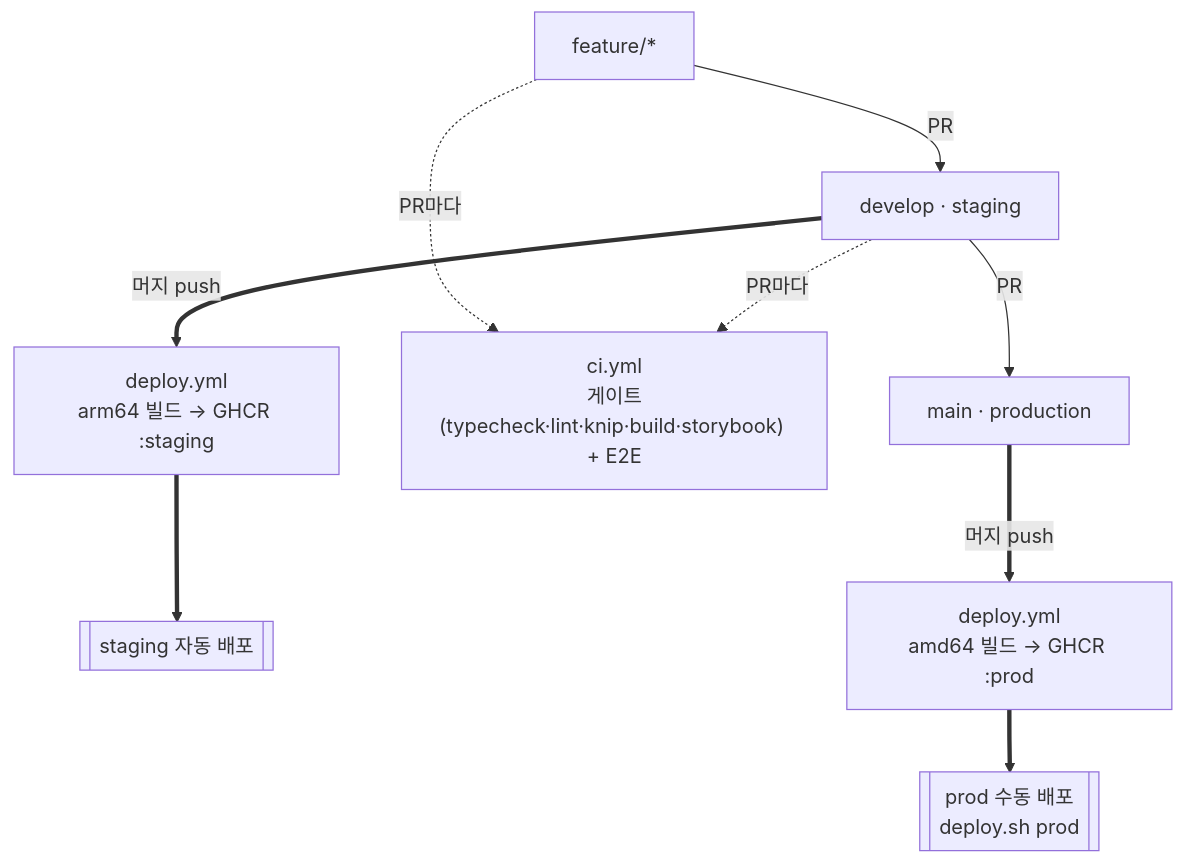
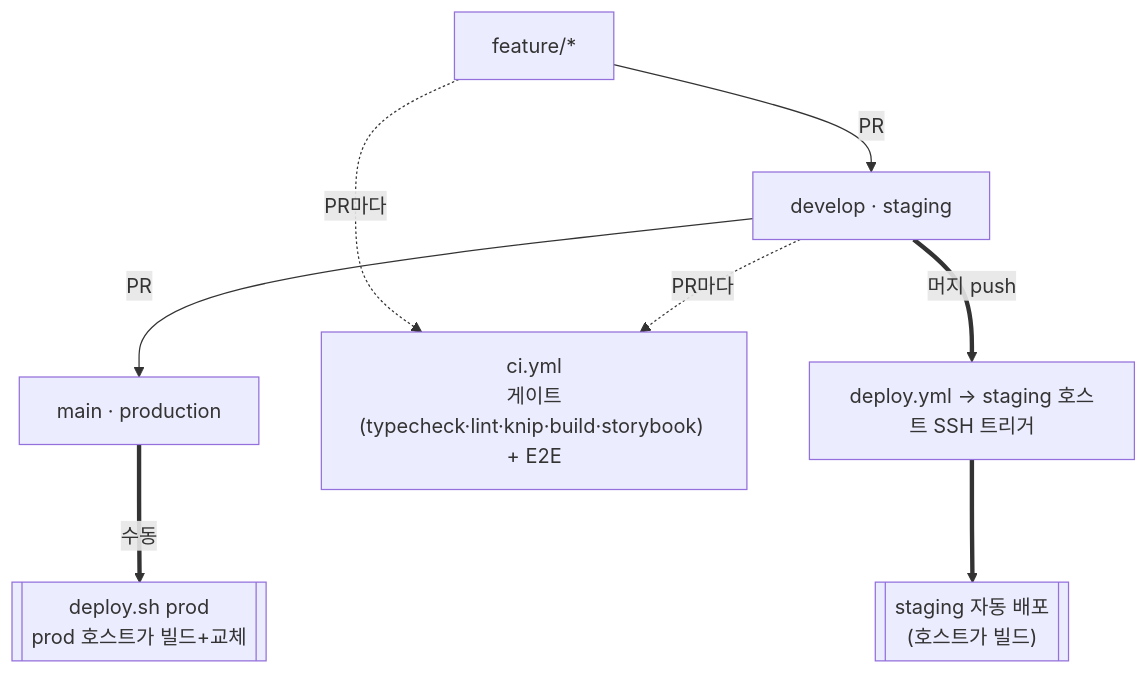
Before and after one commit to wafflestudio/cse.snu.ac.kr: the second of 2 diagrams in README.md, drawn with Mermaid. The commit also changed other lines of this file and 23 other files, not shown here.

````diff
--- a/README.md
+++ b/README.md
@@ -144,12 +102,12 @@
 ```mermaid
 flowchart TD
   feat["feature/*"] -->|"PR"| dev["develop · staging"]
   dev -->|"PR"| main["main · production"]
 
   feat -. "PR마다" .-> ci
   dev -. "PR마다" .-> ci
   ci["ci.yml<br/>게이트(typecheck·lint·knip·build·storybook) + E2E"]
 
-  dev ==>|"머지 push"| dstg["deploy.yml<br/>arm64 빌드 → GHCR :staging"] ==> stg[["staging 자동 배포"]]
-  main ==>|"머지 push"| dprd["deploy.yml<br/>amd64 빌드 → GHCR :prod"] ==> prd[["prod 수동 배포<br/>deploy.sh prod"]]
+  dev ==>|"머지 push"| dstg["deploy.yml → staging 호스트 SSH 트리거"] ==> stg[["staging 자동 배포<br/>(호스트가 빌드)"]]
+  main ==>|"수동"| prd[["deploy.sh prod<br/>prod 호스트가 빌드+교체"]]
 ```
````
